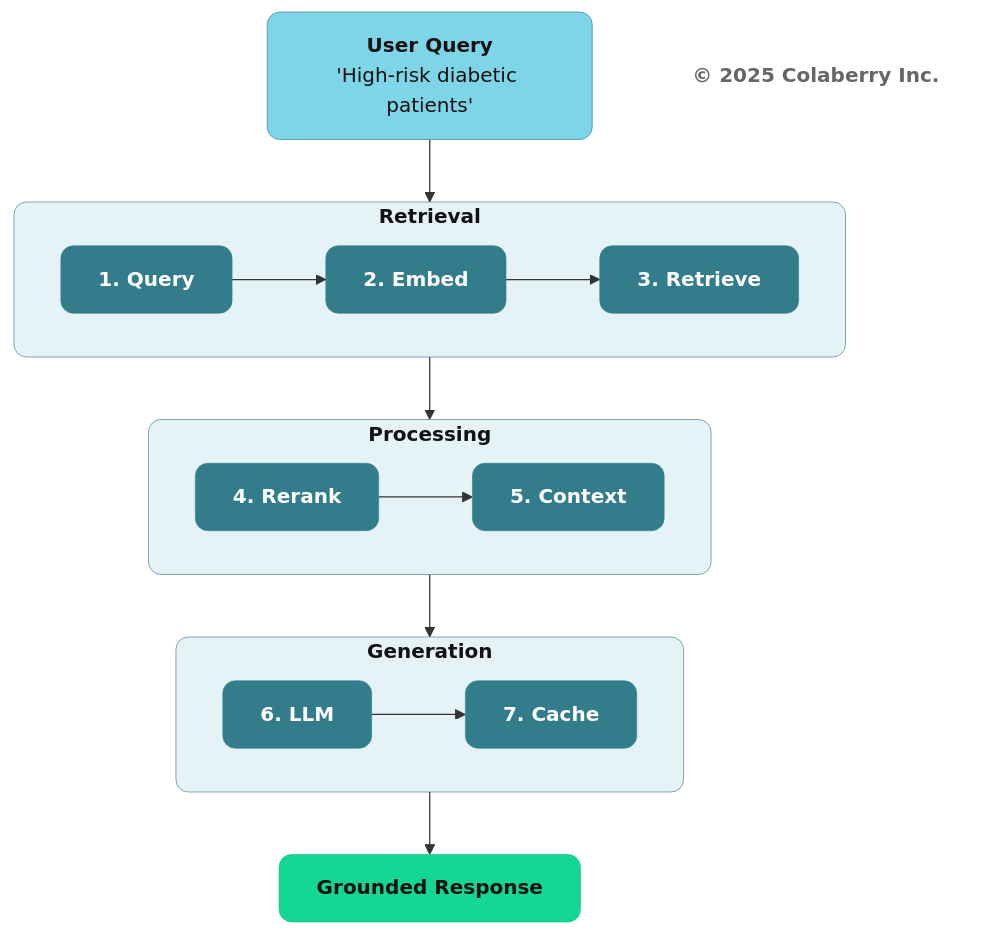
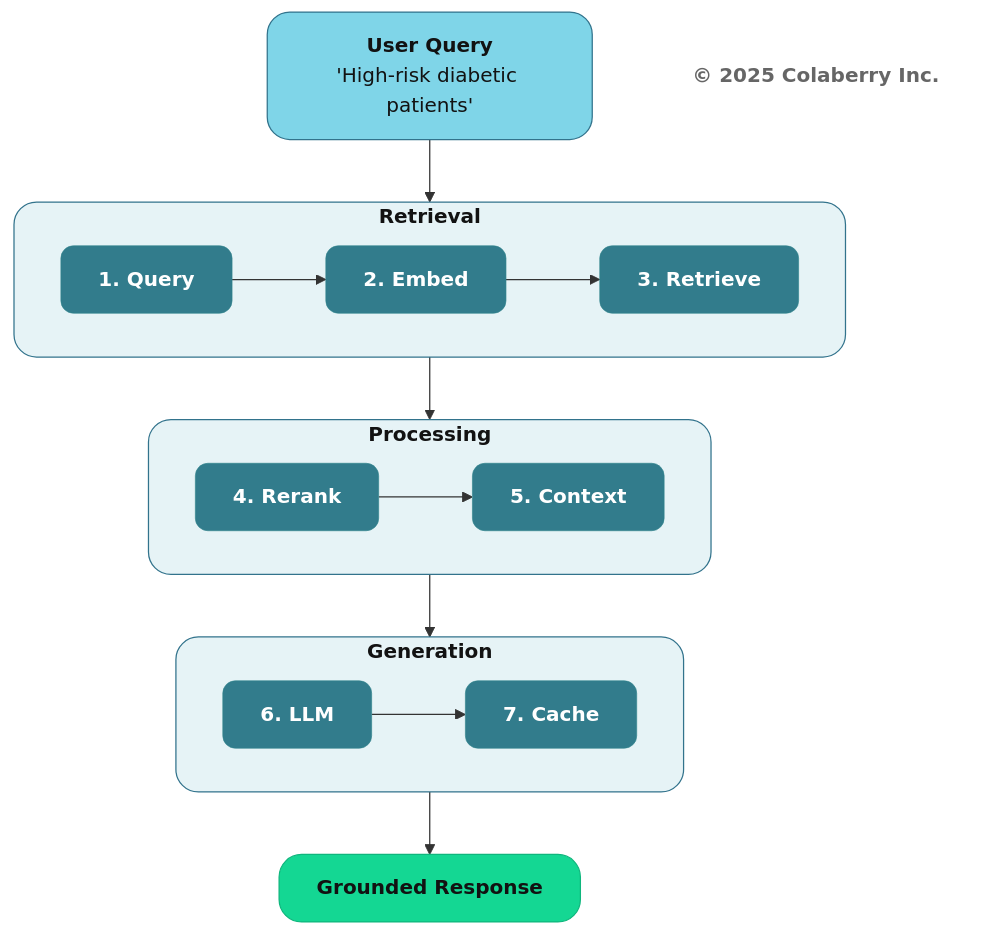
One commit to saitejesh-cyber/trust-before-intelligence-book changed the seventh of 13 diagrams in manuscript/06_chapter_5_intelligence_layers.md. Above: the diagram before and after it, drawn with Mermaid. The commit also changed other lines of this file and 12 other files, not shown here.

````diff
--- a/manuscript/06_chapter_5_intelligence_layers.md
+++ b/manuscript/06_chapter_5_intelligence_layers.md
@@ -594,45 +594,45 @@
 ```mermaid
 graph TB
     Q["<b>User Query</b><br/>'High-risk diabetic patients'"]
     
     subgraph ROW1["<b>Retrieval</b>"]
         direction LR
         S1["<b>1. Query</b>"] --> S2["<b>2. Embed</b>"] --> S3["<b>3. Retrieve</b>"]
     end
     
     subgraph ROW2["<b>Processing</b>"]
         direction LR
         S4["<b>4. Rerank</b>"] --> S5["<b>5. Context</b>"]
     end
     
     subgraph ROW3["<b>Generation</b>"]
         direction LR
         S6["<b>6. LLM</b>"] --> S7["<b>7. Cache</b>"]
     end
     
     RESULT["<b>Grounded Response</b>"]
     
     Q --> ROW1
     ROW1 --> ROW2
     ROW2 --> ROW3
     ROW3 --> RESULT
     
     Copyright["<b>© 2025 Colaberry Inc.</b>"]
     
-    style Q fill:#7FD5E8,stroke:#32738C,stroke-width:0.5px,color:#121212,rx:10,ry:10
+    style Q fill:#7FD5E8,stroke:#32738C,stroke-width:1px,color:#121212,rx:18,ry:18
     
-    style ROW1 fill:#E6F3F6,stroke:#32738C,stroke-width:0.5px,color:#121212,rx:10,ry:10
-    style ROW2 fill:#E6F3F6,stroke:#32738C,stroke-width:0.5px,color:#121212,rx:10,ry:10
-    style ROW3 fill:#E6F3F6,stroke:#32738C,stroke-width:0.5px,color:#121212,rx:10,ry:10
+    style ROW1 fill:#E6F3F6,stroke:#32738C,stroke-width:1px,color:#121212,rx:18,ry:18
+    style ROW2 fill:#E6F3F6,stroke:#32738C,stroke-width:1px,color:#121212,rx:18,ry:18
+    style ROW3 fill:#E6F3F6,stroke:#32738C,stroke-width:1px,color:#121212,rx:18,ry:18
     
     style S1 fill:#327C8C,stroke:#30838C,stroke-width:0.5px,color:#ffffff,rx:10,ry:10
     style S2 fill:#327C8C,stroke:#30838C,stroke-width:0.5px,color:#ffffff,rx:10,ry:10
     style S3 fill:#327C8C,stroke:#30838C,stroke-width:0.5px,color:#ffffff,rx:10,ry:10
     style S4 fill:#327C8C,stroke:#30838C,stroke-width:0.5px,color:#ffffff,rx:10,ry:10
     style S5 fill:#327C8C,stroke:#30838C,stroke-width:0.5px,color:#ffffff,rx:10,ry:10
     style S6 fill:#327C8C,stroke:#30838C,stroke-width:0.5px,color:#ffffff,rx:10,ry:10
     style S7 fill:#327C8C,stroke:#30838C,stroke-width:0.5px,color:#ffffff,rx:10,ry:10
     
-    style RESULT fill:#14D793,color:#003322,stroke:#0FB67D,stroke-width:0.5px,color:#121212,rx:10,ry:10
+    style RESULT fill:#14D793,color:#003322,stroke:#0FB67D,stroke-width:1px,color:#121212,rx:18,ry:18
     style Copyright fill:none,stroke:none,color:#666666
 ```
````
